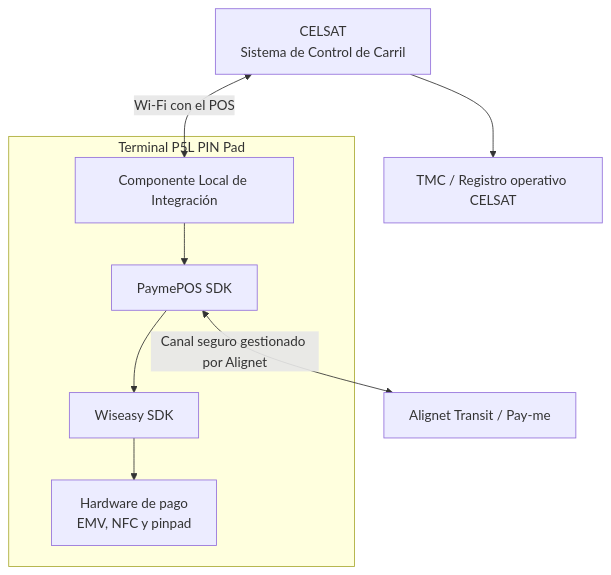
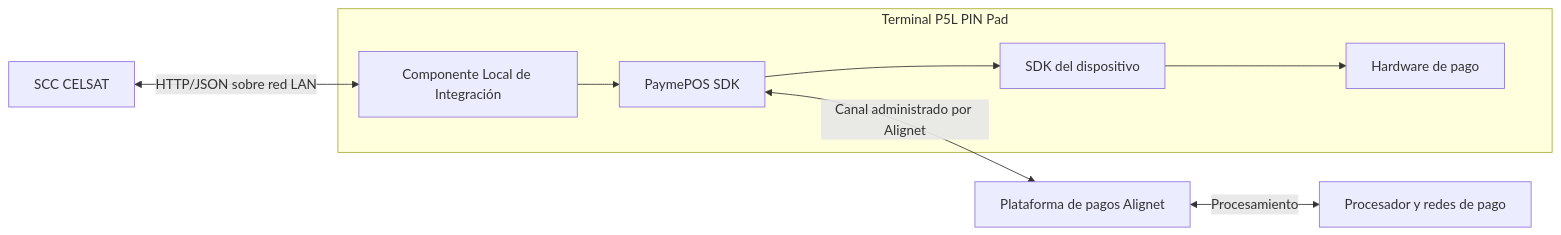
One commit to alignet-docs/alignet-developers changed the diagram in CELSAT_ALIGNET_TRANSIT_INTEGRATION_GUIDE.md. Above: the diagram before and after it, drawn with Mermaid. The commit also changed other lines of this file and 13 other files, not shown here.

Commit message:
docs(transit): alinea integración CELSAT con especificación final

````diff
--- a/CELSAT_ALIGNET_TRANSIT_INTEGRATION_GUIDE.md
+++ b/CELSAT_ALIGNET_TRANSIT_INTEGRATION_GUIDE.md
@@ -73,22 +19,22 @@
 ```mermaid
-flowchart TB
-    SCC[CELSAT<br/>Sistema de Control de Carril]
+flowchart LR
+    SCC[SCC CELSAT]
 
     subgraph P5L[Terminal P5L PIN Pad]
         LOCAL[Componente Local de Integración]
         PAYME[PaymePOS SDK]
-        WISEASY[Wiseasy SDK]
-        HW[Hardware de pago<br/>EMV, NFC y pinpad]
+        DEVICE[SDK del dispositivo]
+        HARDWARE[Hardware de pago]
 
         LOCAL --> PAYME
-        PAYME --> WISEASY
-        WISEASY --> HW
+        PAYME --> DEVICE
+        DEVICE --> HARDWARE
     end
 
-    TRANSIT[Alignet Transit / Pay-me]
-    TMC[TMC / Registro operativo CELSAT]
+    PLATFORM[Plataforma de pagos Alignet]
+    PROCESSOR[Procesador y redes de pago]
 
-    SCC <-->|Wi-Fi con el POS| LOCAL
-    PAYME <-->|Canal seguro gestionado por Alignet| TRANSIT
-    SCC --> TMC
+    SCC <-->|HTTP/JSON sobre red LAN| LOCAL
+    PAYME <-->|Canal administrado por Alignet| PLATFORM
+    PLATFORM <-->|Procesamiento| PROCESSOR
 ```
````
